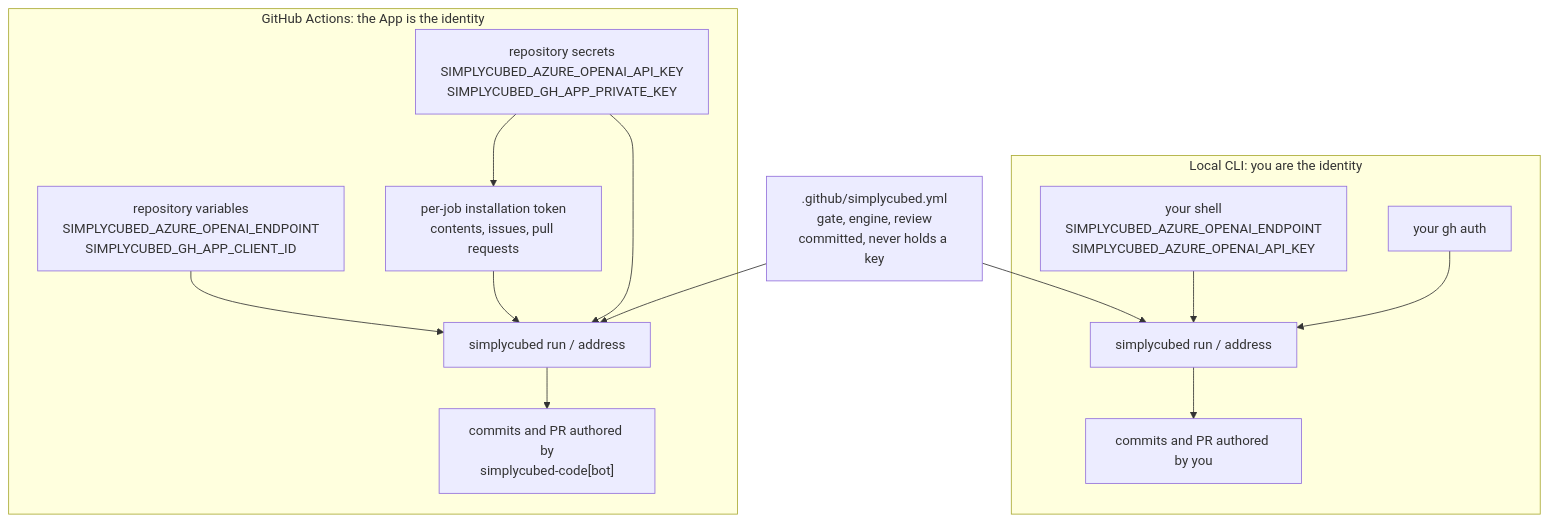
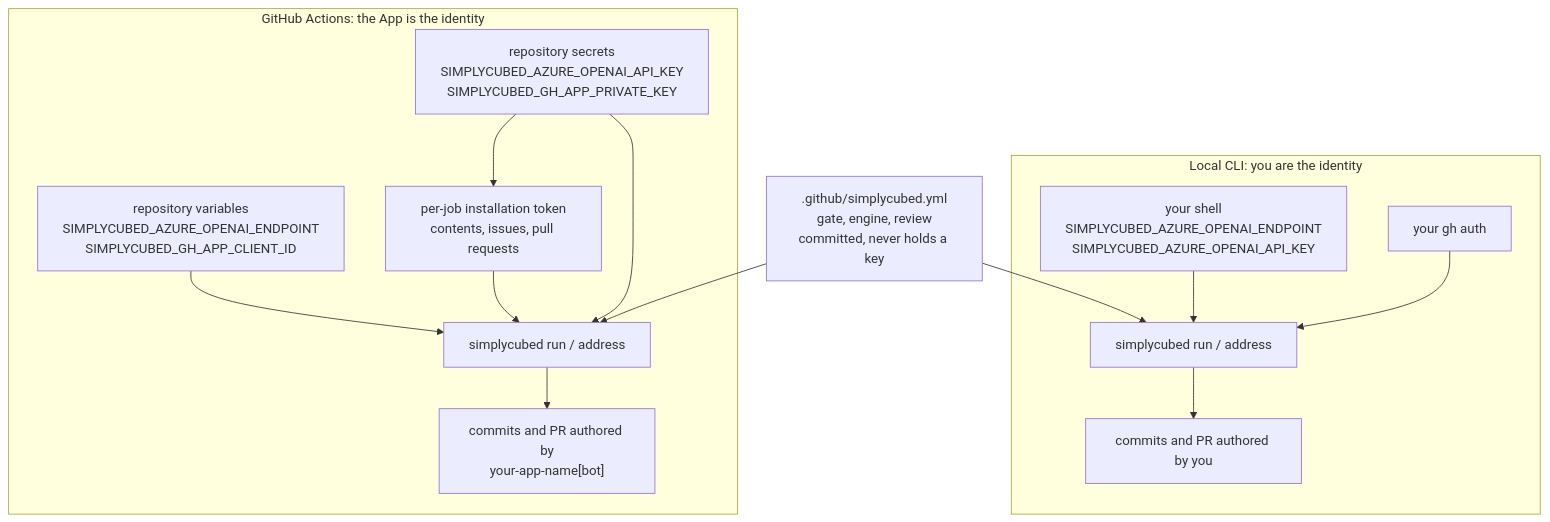
The diagram in docs/setup.md (simplycubed/code), drawn with Mermaid before and after one commit. The commit also changed other lines of this file and 4 other files, not shown here.

````diff
--- a/docs/setup.md
+++ b/docs/setup.md
@@ -137,30 +160,30 @@
 ```mermaid
 flowchart TB
     cfg[".github/simplycubed.yml<br/>gate, engine, review<br/>committed, never holds a key"]
 
     subgraph local["Local CLI: you are the identity"]
         L1["your shell<br/>SIMPLYCUBED_AZURE_OPENAI_ENDPOINT<br/>SIMPLYCUBED_AZURE_OPENAI_API_KEY"]
         L2["your gh auth"]
         L3["simplycubed run / address"]
         L4["commits and PR authored by you"]
         L1 --> L3
         L2 --> L3
         L3 --> L4
     end
 
     subgraph actions["GitHub Actions: the App is the identity"]
         A1["repository variables<br/>SIMPLYCUBED_AZURE_OPENAI_ENDPOINT<br/>SIMPLYCUBED_GH_APP_CLIENT_ID"]
         A2["repository secrets<br/>SIMPLYCUBED_AZURE_OPENAI_API_KEY<br/>SIMPLYCUBED_GH_APP_PRIVATE_KEY"]
         A3["per-job installation token<br/>contents, issues, pull requests"]
         A4["simplycubed run / address"]
-        A5["commits and PR authored by<br/>simplycubed-code[bot]"]
+        A5["commits and PR authored by<br/>your-app-name[bot]"]
         A2 --> A3
         A1 --> A4
         A2 --> A4
         A3 --> A4
         A4 --> A5
     end
 
     cfg --> L3
     cfg --> A4
 ```
````
